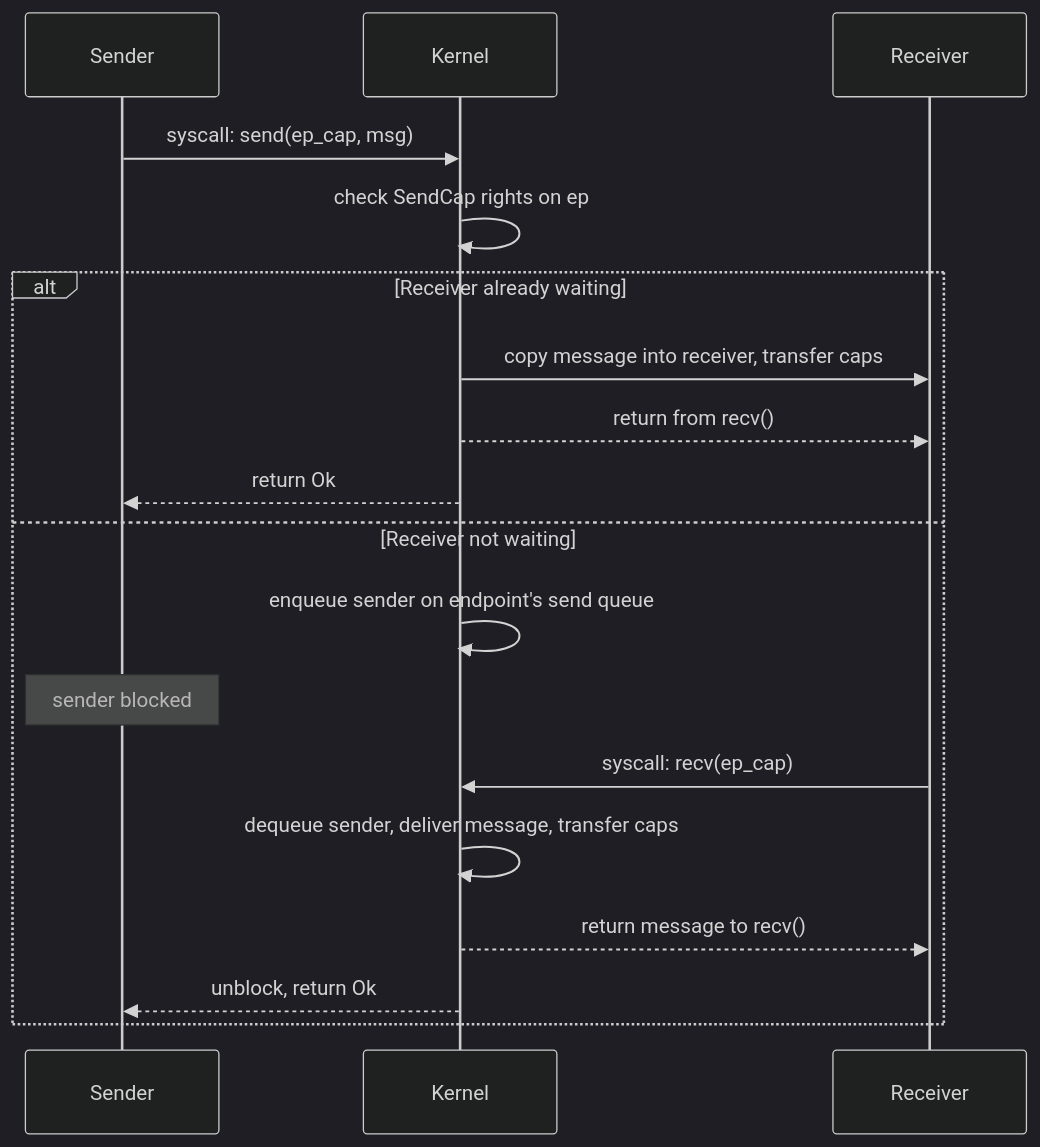
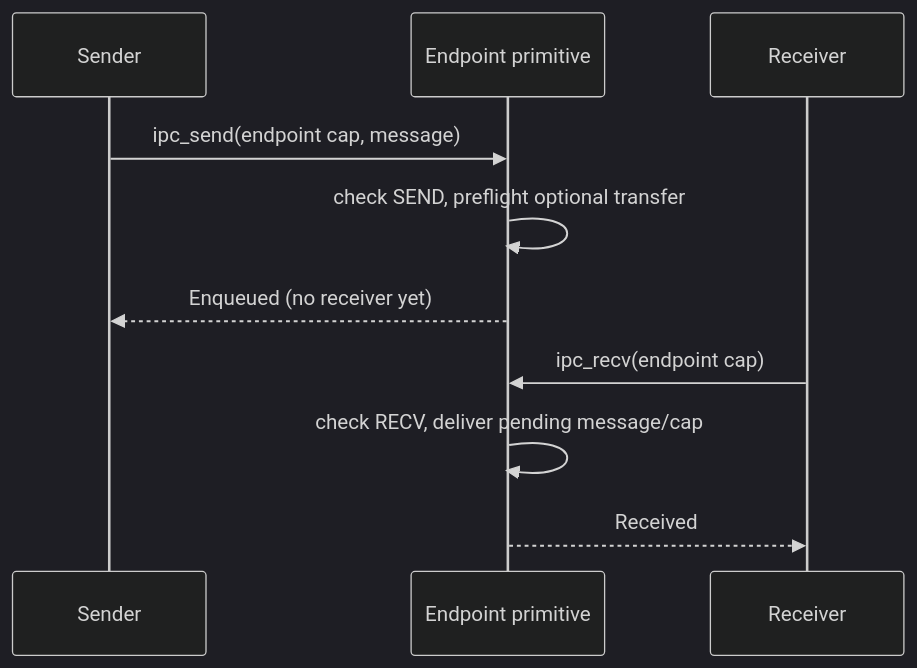
Before and after one commit to HodeTech/Tyrne: the third of 3 diagrams in docs/architecture/overview.md, drawn with Mermaid (dark theme). The commit also changed other lines of this file and 216 other files, not shown here.

````diff
--- a/docs/architecture/overview.md
+++ b/docs/architecture/overview.md
@@ -146,20 +88,12 @@
 ```mermaid
 sequenceDiagram
     participant S as Sender
-    participant K as Kernel
+    participant K as Endpoint primitive
     participant R as Receiver
-    S->>K: syscall: send(ep_cap, msg)
-    K->>K: check SendCap rights on ep
-    alt Receiver already waiting
-        K->>R: copy message into receiver, transfer caps
-        K-->>R: return from recv()
-        K-->>S: return Ok
-    else Receiver not waiting
-        K->>K: enqueue sender on endpoint's send queue
-        Note over S: sender blocked
-        R->>K: syscall: recv(ep_cap)
-        K->>K: dequeue sender, deliver message, transfer caps
-        K-->>R: return message to recv()
-        K-->>S: unblock, return Ok
-    end
+    S->>K: ipc_send(endpoint cap, message)
+    K->>K: check SEND, preflight optional transfer
+    K-->>S: Enqueued (no receiver yet)
+    R->>K: ipc_recv(endpoint cap)
+    K->>K: check RECV, deliver pending message/cap
+    K-->>R: Received
 ```
````
